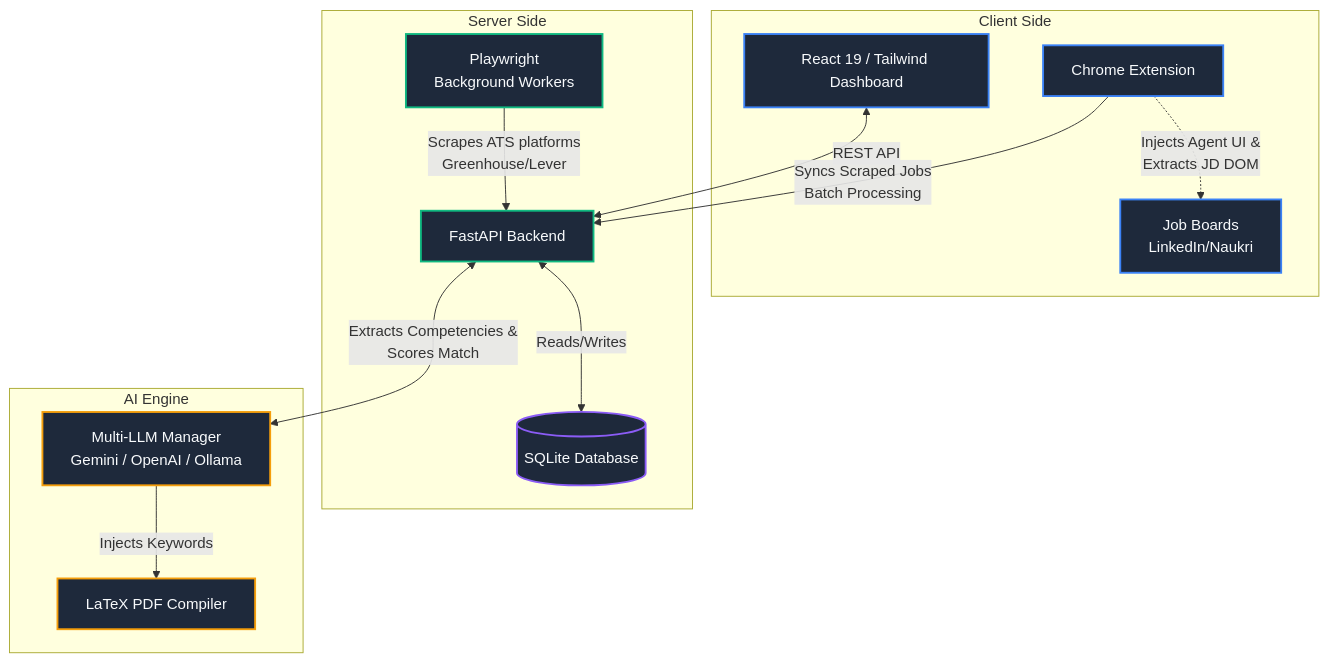
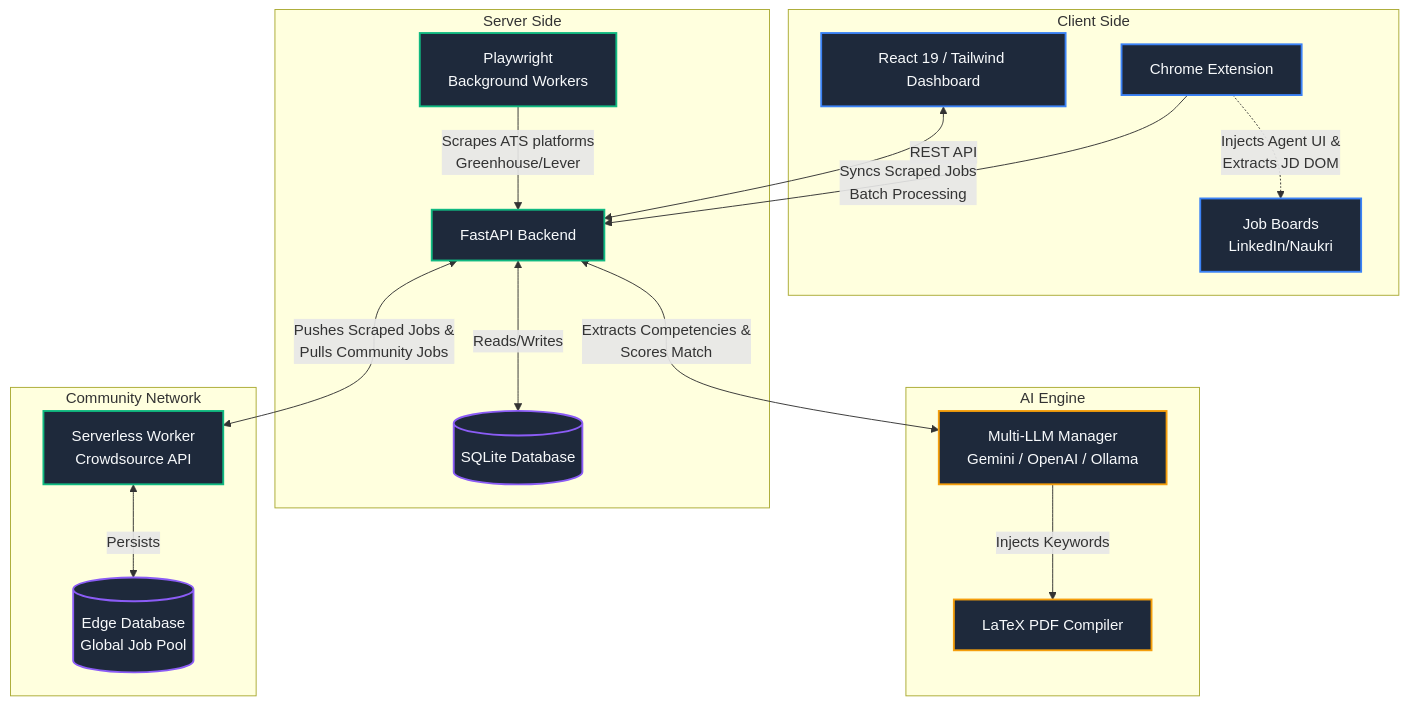
Before and after one commit to koteshrv/career-agent: the diagram in README.md, drawn with Mermaid. The commit also changed other lines of this file and 9 other files, not shown here.

````diff
--- a/README.md
+++ b/README.md
@@ -51,36 +51,40 @@
 ```mermaid
 graph TD
     %% Define styles for modern dark theme look
     classDef frontend fill:#1E293B,stroke:#3B82F6,stroke-width:2px,color:#F8FAFC
     classDef backend fill:#1E293B,stroke:#10B981,stroke-width:2px,color:#F8FAFC
     classDef storage fill:#1E293B,stroke:#8B5CF6,stroke-width:2px,color:#F8FAFC
     classDef ai fill:#1E293B,stroke:#F59E0B,stroke-width:2px,color:#F8FAFC
 
     subgraph "Client Side"
         UI[React 19 / Tailwind Dashboard]:::frontend
         Ext[Chrome Extension]:::frontend
         LinkedIn[Job Boards<br>LinkedIn/Naukri]:::frontend
         Ext -.->|Injects Agent UI &<br>Extracts JD DOM| LinkedIn
     end
 
     subgraph "Server Side"
         API[FastAPI Backend]:::backend
         Cron[Playwright<br>Background Workers]:::backend
         API <-->|Reads/Writes| DB[(SQLite Database)]:::storage
         Cron -->|Scrapes ATS platforms<br>Greenhouse/Lever| API
     end
 
     subgraph "AI Engine"
         LLM[Multi-LLM Manager<br>Gemini / OpenAI / Ollama]:::ai
         Compiler[LaTeX PDF Compiler]:::ai
         LLM -->|Injects Keywords| Compiler
     end
 
-    %% Cross-subgraph edges must live outside every subgraph block — Mermaid assigns a
-    %% node's subgraph membership to wherever it's FIRST referenced (edge or declaration),
-    %% so an edge to API placed inside "Client Side" would silently render API inside the
-    %% wrong box even though it's declared under "Server Side".
+    subgraph "Community Network"
+        CF[Serverless Worker<br>Crowdsource API]:::backend
+        DB2[(Edge Database<br>Global Job Pool)]:::storage
+        CF <-->|Persists| DB2
+    end
+
+    %% Cross-subgraph edges must live outside every subgraph block
     UI <-->|REST API| API
     Ext -->|Syncs Scraped Jobs<br>Batch Processing| API
     API <-->|Extracts Competencies &<br>Scores Match| LLM
+    API <-->|Pushes Scraped Jobs &<br>Pulls Community Jobs| CF
 ```
````
